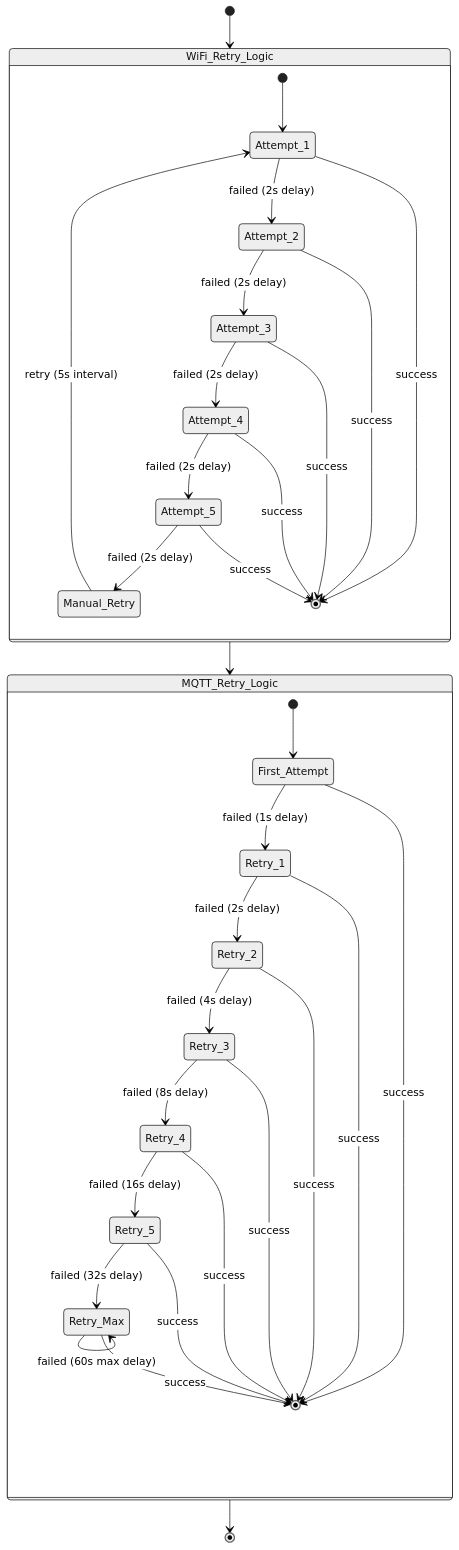
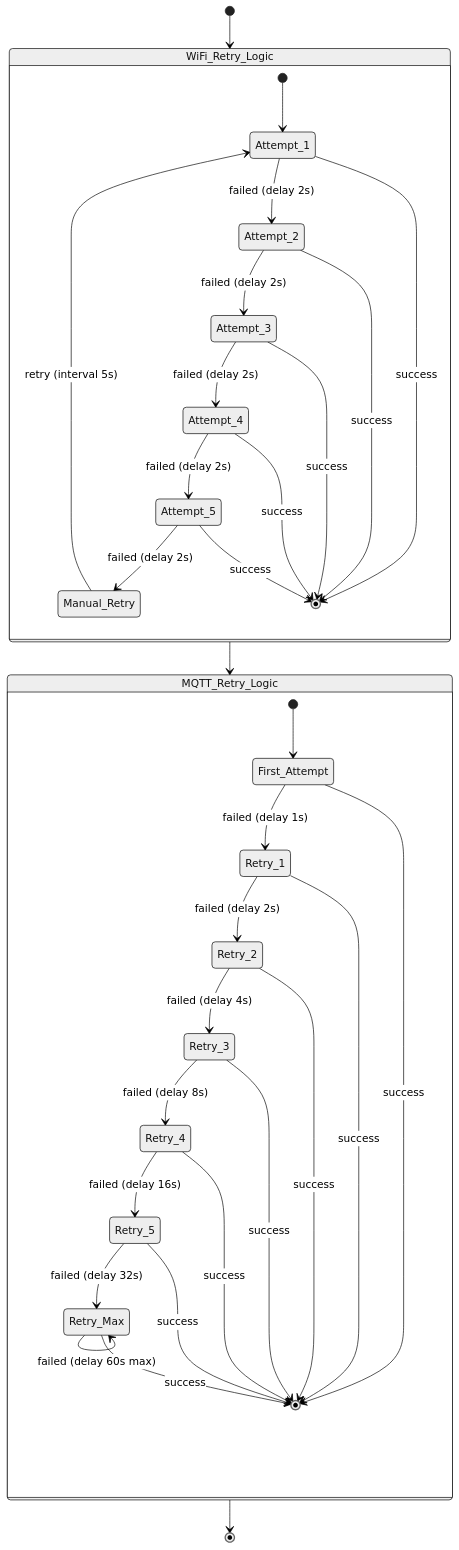
Before and after one commit to meeTeam05/datalogger: the eighth of 9 diagrams in documents/esp32/UML_CLASS_DIAGRAM_ESP32.md, drawn with Mermaid (neutral theme). The commit also changed other lines of this file, not shown here.

Commit message:
fix(docs): update UML class diagrams for clarity and consistency in UML_CLASS_DIAGRAM_ESP32.md

````diff
--- a/documents/esp32/UML_CLASS_DIAGRAM_ESP32.md
+++ b/documents/esp32/UML_CLASS_DIAGRAM_ESP32.md
@@ -552,43 +519,43 @@
 ```mermaid
 stateDiagram-v2
     [*] --> WiFi_Retry_Logic
 
     state WiFi_Retry_Logic {
         [*] --> Attempt_1
-        Attempt_1 --> Attempt_2 : failed (2s delay)
-        Attempt_2 --> Attempt_3 : failed (2s delay)
-        Attempt_3 --> Attempt_4 : failed (2s delay)
-        Attempt_4 --> Attempt_5 : failed (2s delay)
-        Attempt_5 --> Manual_Retry : failed (2s delay)
-        Manual_Retry --> Attempt_1 : retry (5s interval)
+        Attempt_1 --> Attempt_2 : failed (delay 2s)
+        Attempt_2 --> Attempt_3 : failed (delay 2s)
+        Attempt_3 --> Attempt_4 : failed (delay 2s)
+        Attempt_4 --> Attempt_5 : failed (delay 2s)
+        Attempt_5 --> Manual_Retry : failed (delay 2s)
+        Manual_Retry --> Attempt_1 : retry (interval 5s)
 
         Attempt_1 --> [*] : success
         Attempt_2 --> [*] : success
         Attempt_3 --> [*] : success
         Attempt_4 --> [*] : success
         Attempt_5 --> [*] : success
     }
 
     WiFi_Retry_Logic --> MQTT_Retry_Logic
 
     state MQTT_Retry_Logic {
         [*] --> First_Attempt
-        First_Attempt --> Retry_1 : failed (1s delay)
-        Retry_1 --> Retry_2 : failed (2s delay)
-        Retry_2 --> Retry_3 : failed (4s delay)
-        Retry_3 --> Retry_4 : failed (8s delay)
-        Retry_4 --> Retry_5 : failed (16s delay)
-        Retry_5 --> Retry_Max : failed (32s delay)
-        Retry_Max --> Retry_Max : failed (60s max delay)
+        First_Attempt --> Retry_1 : failed (delay 1s)
+        Retry_1 --> Retry_2 : failed (delay 2s)
+        Retry_2 --> Retry_3 : failed (delay 4s)
+        Retry_3 --> Retry_4 : failed (delay 8s)
+        Retry_4 --> Retry_5 : failed (delay 16s)
+        Retry_5 --> Retry_Max : failed (delay 32s)
+        Retry_Max --> Retry_Max : failed (delay 60s max)
 
         First_Attempt --> [*] : success
         Retry_1 --> [*] : success
         Retry_2 --> [*] : success
         Retry_3 --> [*] : success
         Retry_4 --> [*] : success
         Retry_5 --> [*] : success
         Retry_Max --> [*] : success
     }
 
     MQTT_Retry_Logic --> [*]
 ```
````
